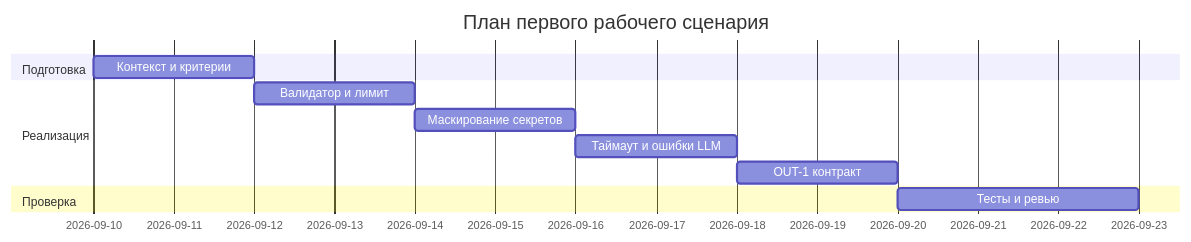
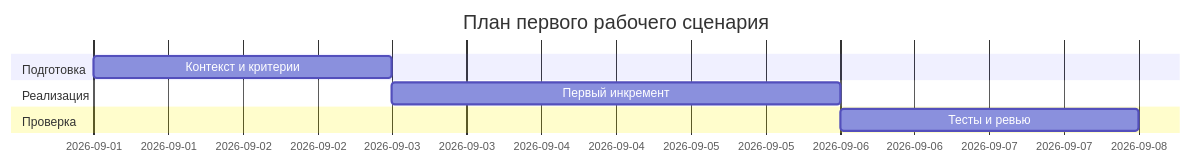
Before and after one commit to x1000sag/ITMOv2: the diagram in practices/practice_01/project_management.md, drawn with Mermaid. The commit also changed other lines of this file and 17 other files, not shown here.

````diff
--- a/practices/practice_01/project_management.md
+++ b/practices/practice_01/project_management.md
@@ -16,14 +15,11 @@
 ```mermaid
 gantt
     title План первого рабочего сценария
     dateFormat  YYYY-MM-DD
     section Подготовка
-    Контекст и критерии :a1, 2026-09-10, 2d
+    Контекст и критерии :a1, 2026-09-01, 2d
     section Реализация
-    Валидатор и лимит :after a1, 2d
-    Маскирование секретов :2d
-    Таймаут и ошибки LLM :2d
-    OUT-1 контракт :2d
+    Первый инкремент :after a1, 3d
     section Проверка
-    Тесты и ревью :3d
+    Тесты и ревью :2d
 ```
````
